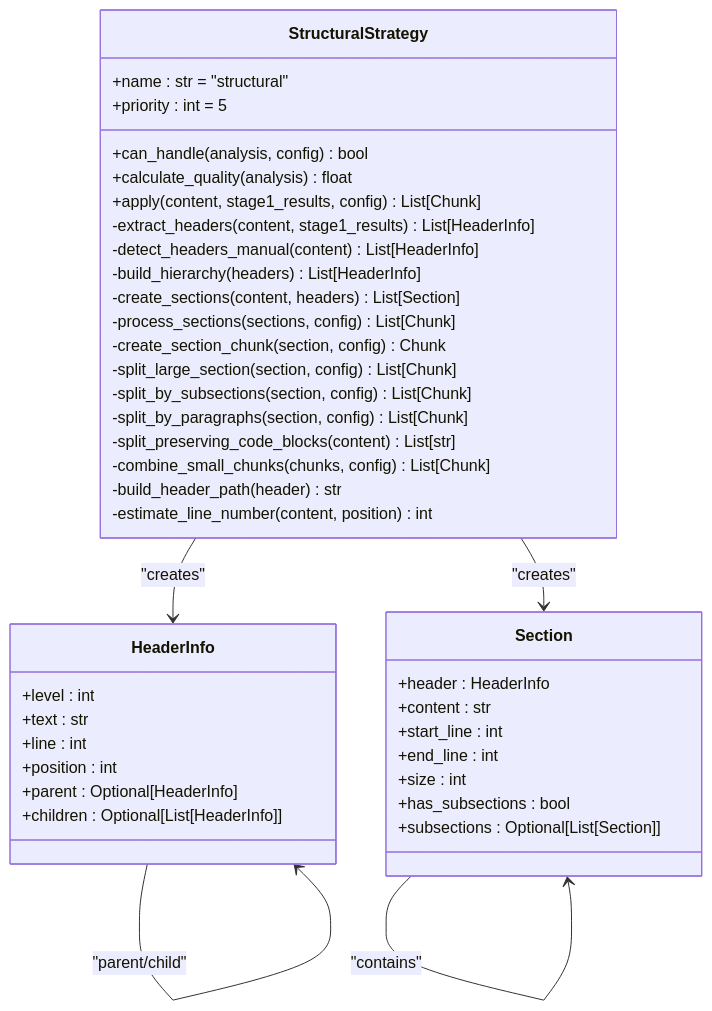
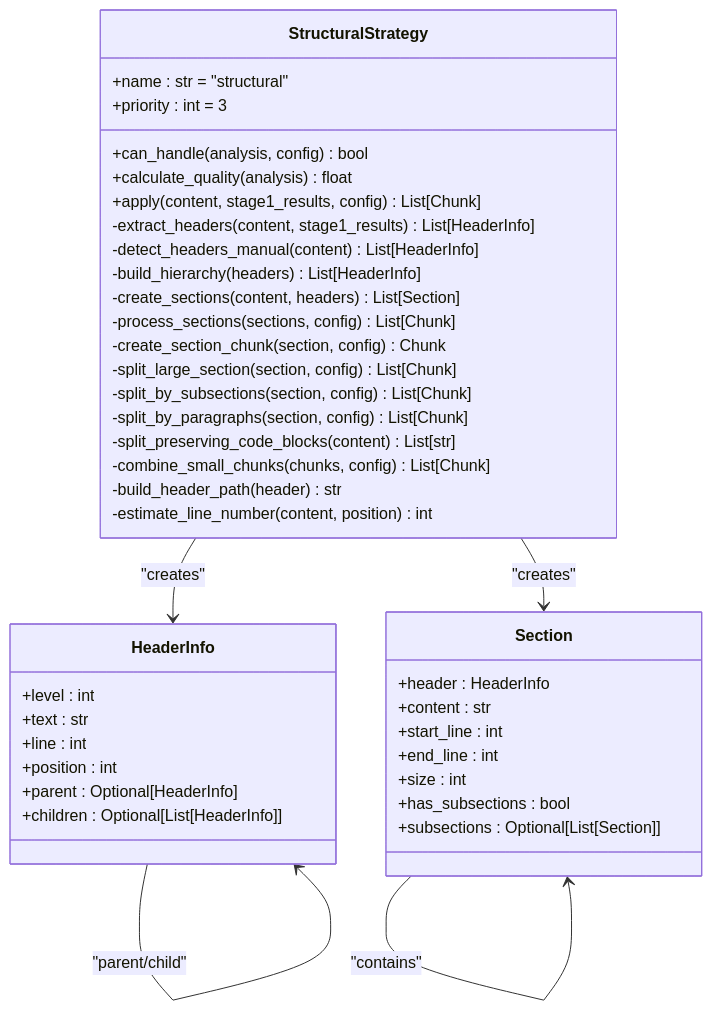
Before and after one commit to asukhodko/dify-markdown-chunker: the third of 5 diagrams in .qoder/repowiki/en/content/Chunking Strategies/Chunking Strategies.md, drawn with Mermaid. The commit also changed other lines of this file and 6 other files, not shown here.

First line of the commit message:
docs(architecture): add detailed architecture audit and redesign documentation

````diff
--- a/.qoder/repowiki/en/content/Chunking Strategies/Chunking Strategies.md
+++ b/.qoder/repowiki/en/content/Chunking Strategies/Chunking Strategies.md
@@ -321,44 +184,44 @@
 ```mermaid
 classDiagram
 class StructuralStrategy {
 +name : str = "structural"
-+priority : int = 5
++priority : int = 3
 +can_handle(analysis, config) bool
 +calculate_quality(analysis) float
 +apply(content, stage1_results, config) List[Chunk]
 -extract_headers(content, stage1_results) List[HeaderInfo]
 -detect_headers_manual(content) List[HeaderInfo]
 -build_hierarchy(headers) List[HeaderInfo]
 -create_sections(content, headers) List[Section]
 -process_sections(sections, config) List[Chunk]
 -create_section_chunk(section, config) Chunk
 -split_large_section(section, config) List[Chunk]
 -split_by_subsections(section, config) List[Chunk]
 -split_by_paragraphs(section, config) List[Chunk]
 -split_preserving_code_blocks(content) List[str]
 -combine_small_chunks(chunks, config) List[Chunk]
 -build_header_path(header) str
 -estimate_line_number(content, position) int
 }
 class HeaderInfo {
 +level : int
 +text : str
 +line : int
 +position : int
 +parent : Optional[HeaderInfo]
 +children : Optional[List[HeaderInfo]]
 }
 class Section {
 +header : HeaderInfo
 +content : str
 +start_line : int
 +end_line : int
 +size : int
 +has_subsections : bool
 +subsections : Optional[List[Section]]
 }
 StructuralStrategy --> HeaderInfo : "creates"
 StructuralStrategy --> Section : "creates"
 HeaderInfo --> HeaderInfo : "parent/child"
 Section --> Section : "contains"
 ```
````
